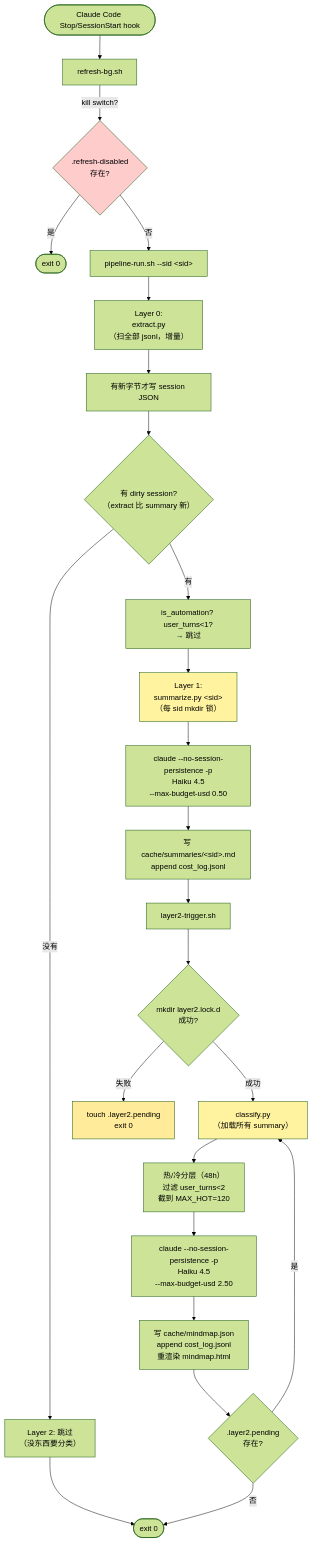
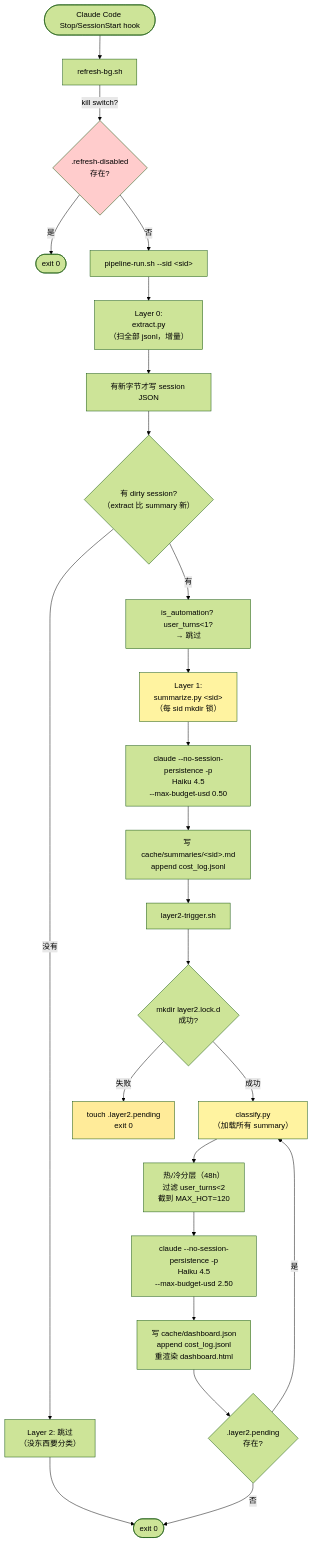
The third of 8 diagrams in docs/zh-CN/ARCHITECTURE.md (Icesource/claude-stray), drawn with Mermaid (forest theme) before and after one commit. The commit also changed other lines of this file and 24 other files, not shown here.

First line of the commit message:
docs: 全仓文档去陈旧——mindmap-- → stray--、mindmap.json/.html → dashboard.*,ARCHITECTURE/TROUBLESHOOTING 更新

````diff
--- a/docs/zh-CN/ARCHITECTURE.md
+++ b/docs/zh-CN/ARCHITECTURE.md
@@ -202,34 +206,34 @@
 ```mermaid
 flowchart TD
     Hook(["Claude Code Stop/SessionStart hook"]) --> Bg["refresh-bg.sh"]
     Bg -->|kill switch?| KS{".refresh-disabled<br/>存在?"}
     KS -- 是 --> Exit0(["exit 0"])
     KS -- 否 --> Pipe["pipeline-run.sh --sid &lt;sid&gt;"]
 
     Pipe --> L0["Layer 0:<br/>extract.py<br/>（扫全部 jsonl，增量）"]
     L0 --> L0Done["有新字节才写 session JSON"]
     L0Done --> Dirty{"有 dirty session?<br/>（extract 比 summary 新）"}
     Dirty -- 没有 --> Bump["Layer 2: 跳过<br/>（没东西要分类）"]
     Bump --> ExitOK(["exit 0"])
 
     Dirty -- 有 --> Filter["is_automation? user_turns&lt;1?<br/>→ 跳过"]
     Filter --> L1["Layer 1:<br/>summarize.py &lt;sid&gt;<br/>（每 sid mkdir 锁）"]
     L1 --> CC1["claude --no-session-persistence -p<br/>Haiku 4.5<br/>--max-budget-usd 0.50"]
     CC1 --> SumOut["写 cache/summaries/&lt;sid&gt;.md<br/>append cost_log.jsonl"]
     SumOut --> Trigger["layer2-trigger.sh"]
 
     Trigger --> L2Lock{"mkdir layer2.lock.d<br/>成功?"}
     L2Lock -- 失败 --> Pending["touch .layer2.pending<br/>exit 0"]
     L2Lock -- 成功 --> L2["classify.py<br/>（加载所有 summary）"]
     L2 --> Filter2["热/冷分层（48h）<br/>过滤 user_turns&lt;2<br/>截到 MAX_HOT=120"]
     Filter2 --> CC2["claude --no-session-persistence -p<br/>Haiku 4.5<br/>--max-budget-usd 2.50"]
-    CC2 --> ClsOut["写 cache/mindmap.json<br/>append cost_log.jsonl<br/>重渲染 mindmap.html"]
+    CC2 --> ClsOut["写 cache/dashboard.json<br/>append cost_log.jsonl<br/>重渲染 dashboard.html"]
     ClsOut --> Pend2{".layer2.pending<br/>存在?"}
     Pend2 -- 是 --> L2
     Pend2 -- 否 --> ExitOK
 
     style L1 fill:#fff3a0,color:#000
     style L2 fill:#fff3a0,color:#000
     style KS fill:#fcc,color:#000
     style Pending fill:#ffeb99,color:#000
 ```
````
